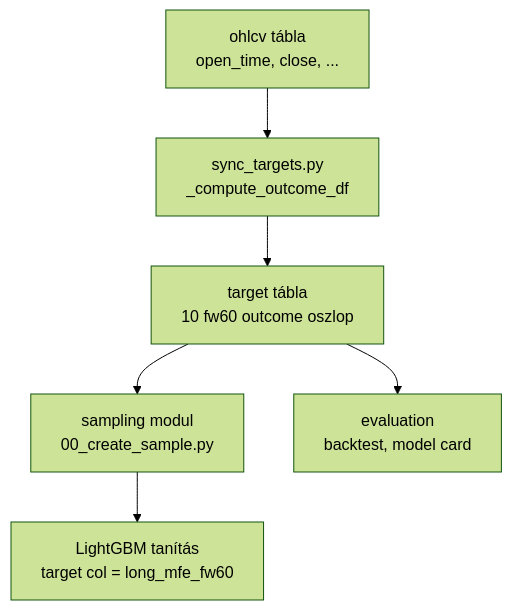
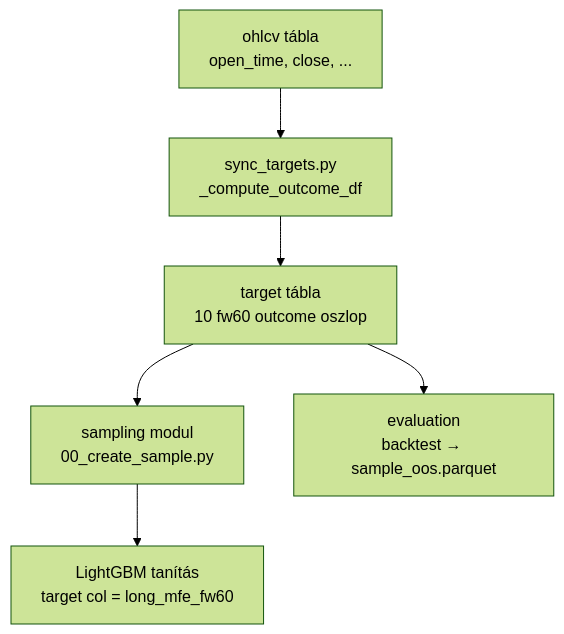
One commit to Nemesis14/chronoquant changed the first of 5 diagrams in _doc_/3000_targets.md. Above: the diagram before and after it, drawn with Mermaid (forest theme). The commit also changed 973 other files, not shown here.

````diff
--- a/_doc_/3000_targets.md
+++ b/_doc_/3000_targets.md
@@ -11,8 +11,8 @@
 ```mermaid
 flowchart TD
   A[ohlcv tábla\nopen_time, close, ...] --> B[sync_targets.py\n_compute_outcome_df]
   B --> C[target tábla\n10 fw60 outcome oszlop]
   C --> D[sampling modul\n00_create_sample.py]
   D --> E[LightGBM tanítás\ntarget col = long_mfe_fw60]
-  C --> F[evaluation\nbacktest, model card]
+  C --> F[evaluation\nbacktest → sample_oos.parquet]
 ```
````
